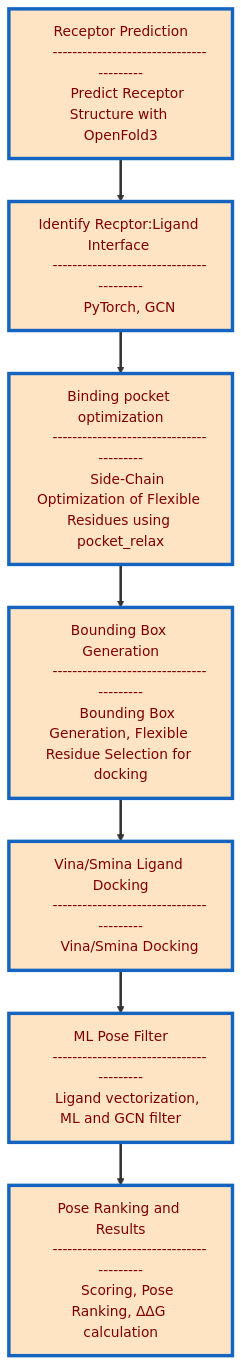
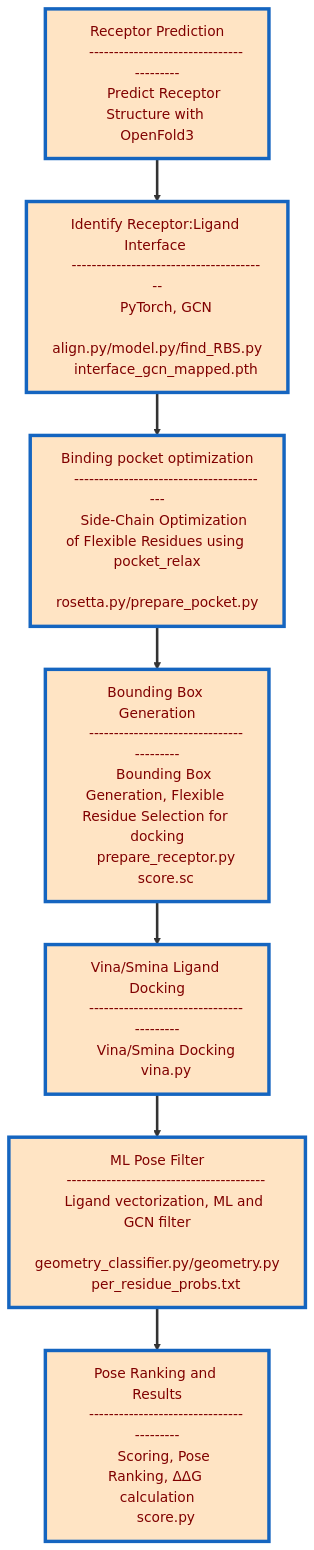
The diagram in README.md (nicolemariepaterson/dokken), drawn with Mermaid before and after one commit.

````diff
--- a/README.md
+++ b/README.md
@@ -37,55 +37,65 @@
 ```mermaid
 flowchart TB
 
     %% Large vertical layout
 
     A[" 
     Receptor Prediction
     ----------------------------------------
     Predict Receptor Structure with OpenFold3
     "]
 
     B[" 
-    Identify Recptor:Ligand Interface 
+    Identify Receptor:Ligand Interface 
     ----------------------------------------
     PyTorch, GCN
+    align.py/model.py/find_RBS.py
+    interface_gcn_mapped.pth
     "]
 
     C[" 
     Binding pocket optimization
     ----------------------------------------
     Side-Chain Optimization of Flexible Residues using pocket_relax
+    rosetta.py/prepare_pocket.py
     "]
 
     D[" 
     Bounding Box Generation
     ----------------------------------------
     Bounding Box Generation, Flexible Residue Selection for docking
+    prepare_receptor.py
+    score.sc
     "]
 
     E[" 
     Vina/Smina Ligand Docking
     ----------------------------------------
     Vina/Smina Docking
+    vina.py
     "]
 
     F[" 
     ML Pose Filter
     ----------------------------------------
     Ligand vectorization, ML and GCN filter
+    geometry_classifier.py/geometry.py
+    per_residue_probs.txt
+    
     "]
 
     G[" 
     Pose Ranking and Results
     ----------------------------------------
     Scoring, Pose Ranking, ΔΔG calculation
+    score.py
     "]
 
     A --> B --> C --> D --> E --> F --> G
 
     %% Styling
     classDef big fill:#FFE4C4,stroke:#1565C0,stroke-width:4px,color:#800000;
     class A,B,C,D,E,F,G,H big;
 
     linkStyle default stroke-width:3px
 ```
````
